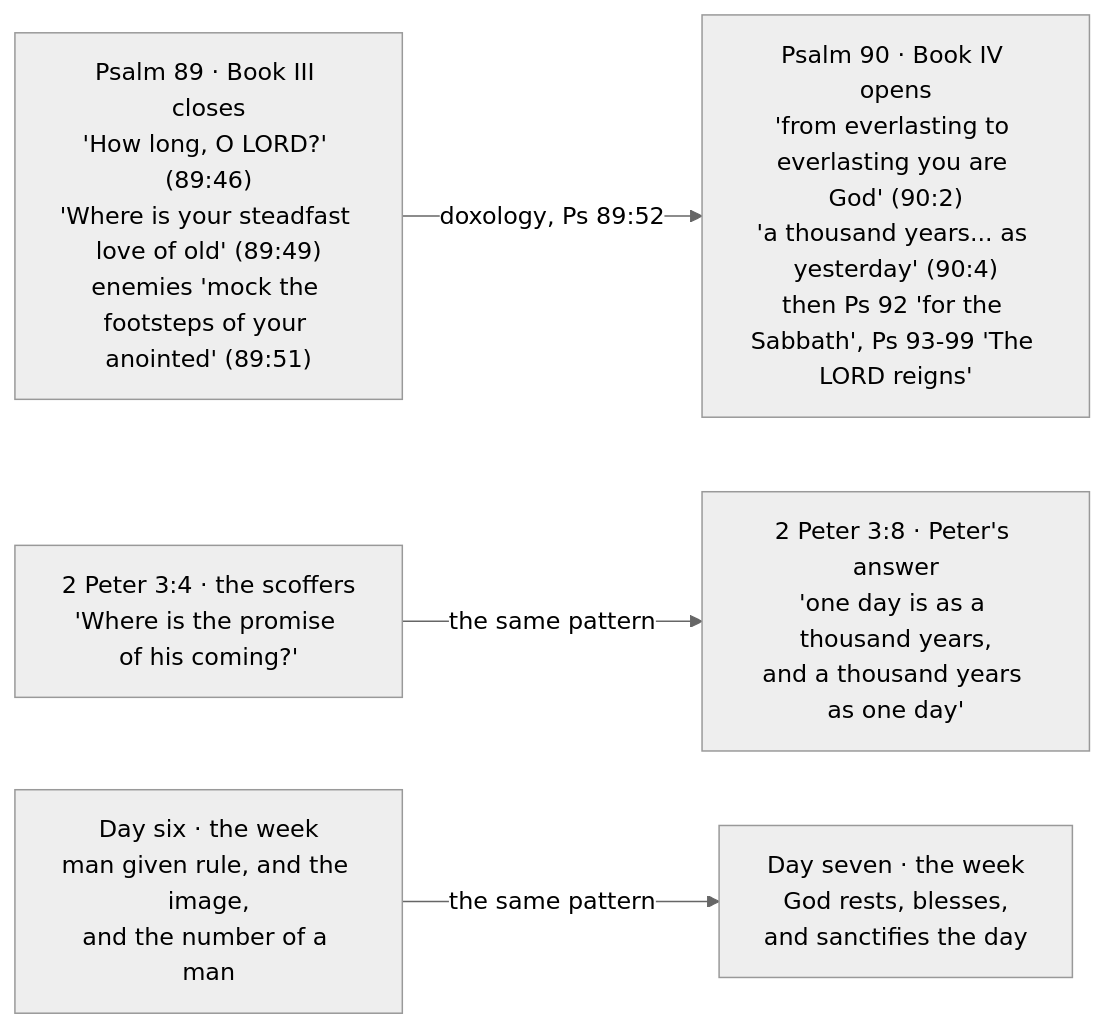
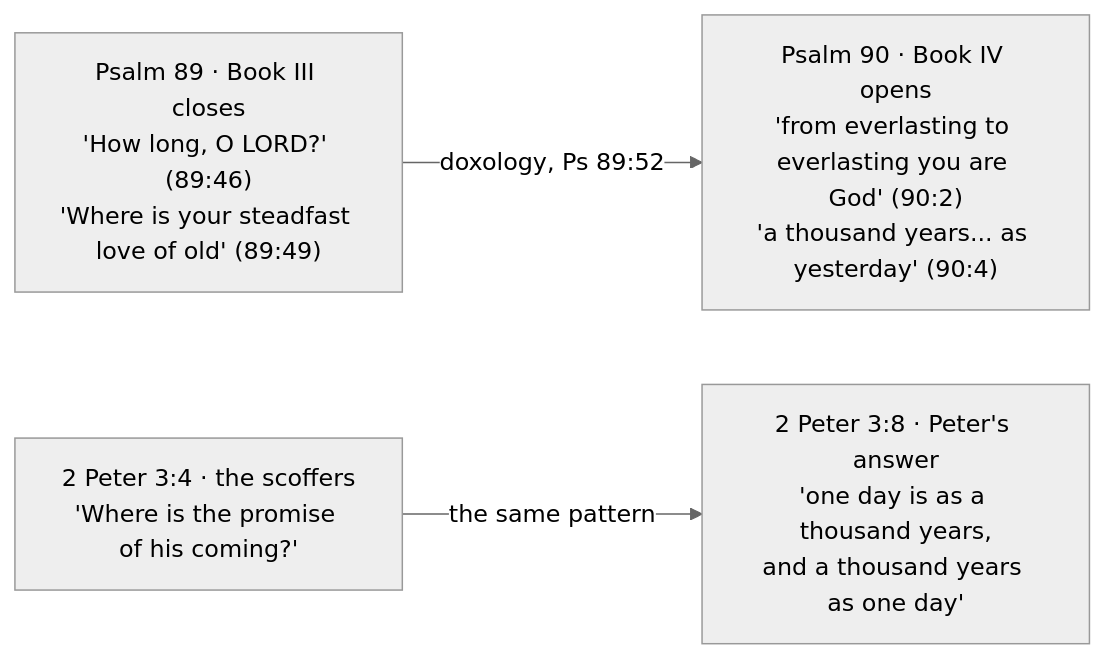
One commit to ding0t/bible_studies changed the diagram in docs/content/last-things/a-thousand-years-in-your-sight.md. Above: the diagram before and after it, drawn with Mermaid (neutral theme). The commit also changed other lines of this file and 1 other file, not shown here.

First line of the commit message:
docs(a-thousand-years-in-your-sight): develop the draft into a complete study

````diff
--- a/docs/content/last-things/a-thousand-years-in-your-sight.md
+++ b/docs/content/last-things/a-thousand-years-in-your-sight.md
@@ -90,12 +273,9 @@
 ```mermaid
 flowchart LR
-    A["Psalm 89 · Book III closes<br/>'How long, O LORD?' (89:46)<br/>'Where is your steadfast love of old' (89:49)<br/>enemies 'mock the footsteps of your anointed' (89:51)"]
-    B["Psalm 90 · Book IV opens<br/>'from everlasting to everlasting you are God' (90:2)<br/>'a thousand years... as yesterday' (90:4)<br/>then Ps 92 'for the Sabbath', Ps 93-99 'The LORD reigns'"]
+    A["Psalm 89 · Book III closes<br/>'How long, O LORD?' (89:46)<br/>'Where is your steadfast love of old' (89:49)"]
+    B["Psalm 90 · Book IV opens<br/>'from everlasting to everlasting you are God' (90:2)<br/>'a thousand years... as yesterday' (90:4)"]
     C["2 Peter 3:4 · the scoffers<br/>'Where is the promise of his coming?'"]
     D["2 Peter 3:8 · Peter's answer<br/>'one day is as a thousand years,<br/>and a thousand years as one day'"]
-    E["Day six · the week<br/>man given rule, and the image,<br/>and the number of a man"]
-    F["Day seven · the week<br/>God rests, blesses,<br/>and sanctifies the day"]
     A -->|"doxology, Ps 89:52"| B
     C -->|"the same pattern"| D
-    E -->|"the same pattern"| F
 ```
````
